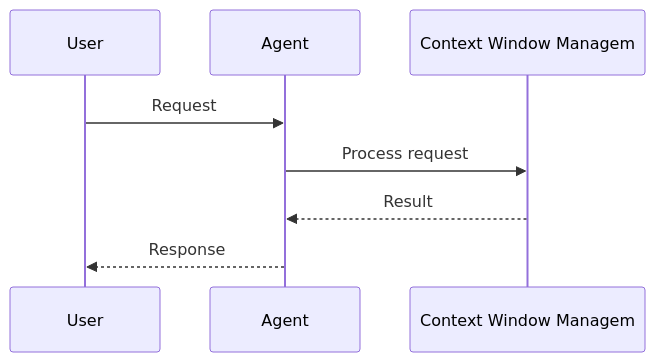
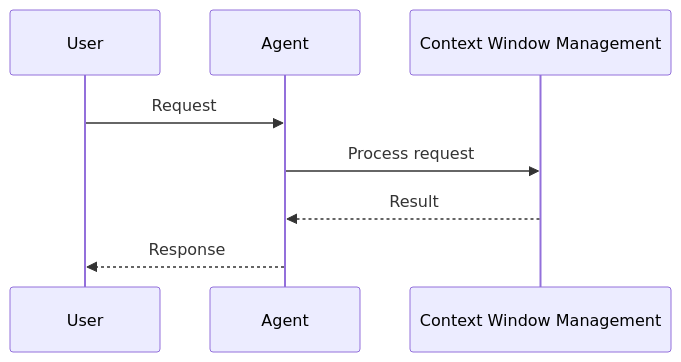
Before and after one commit to MervinPraison/PraisonAIDocs: the second of 4 diagrams in docs/features/context-window-management.mdx, drawn with Mermaid. The commit also changed other lines of this file and 45 other files, not shown here.

First line of the commit message:
docs: fix truncated Mermaid diagram feature names (22-char cutoff)

````diff
--- a/docs/features/context-window-management.mdx
+++ b/docs/features/context-window-management.mdx
@@ -24,11 +24,11 @@
 ```mermaid
 sequenceDiagram
     participant User
     participant Agent
-    participant Feature as Context Window Managem
+    participant Feature as Context Window Management
 
     User->>Agent: Request
     Agent->>Feature: Process request
     Feature-->>Agent: Result
     Agent-->>User: Response
 ```
````
